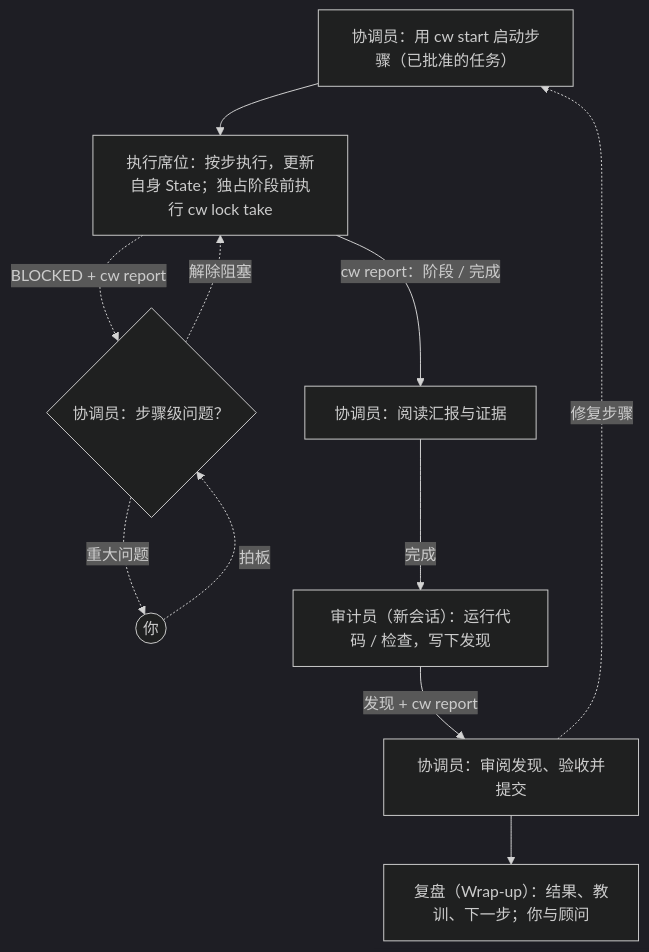
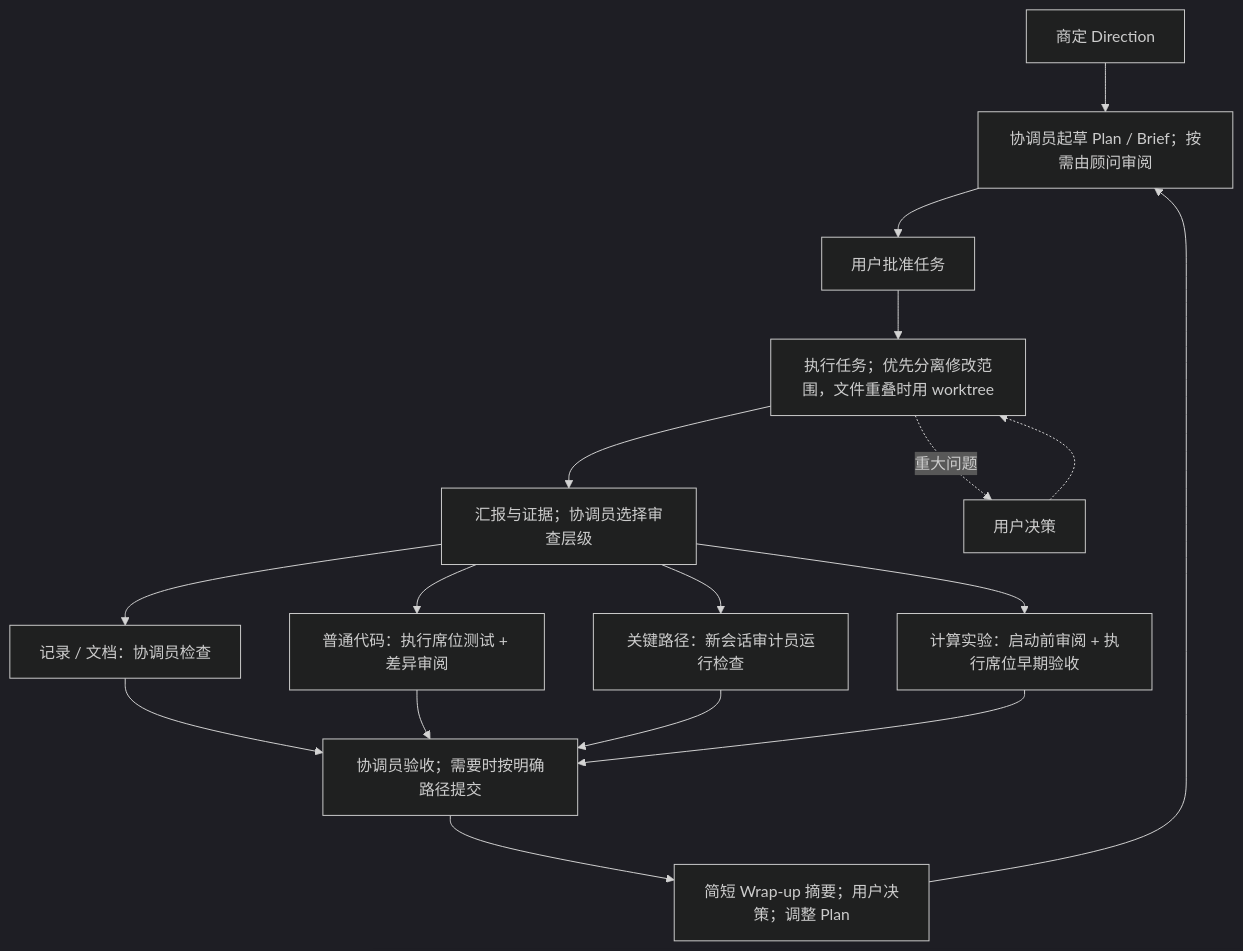
The diagram in README.zh.md (YitaoXU/agent-co-work), drawn with Mermaid (dark theme) before and after one commit. The commit also changed other lines of this file and 9 other files, not shown here.

````diff
--- a/README.zh.md
+++ b/README.zh.md
@@ -153,13 +154,19 @@
 ```mermaid
 flowchart TD
-  C["协调员：用 cw start 启动步骤（已批准的任务）"] --> W["执行席位：按步执行，更新自身 State；独占阶段前执行 cw lock take"]
-  W -.->|"BLOCKED + cw report"| B{"协调员：步骤级问题？"}
-  B -.->|"重大问题"| U(("你"))
-  U -.->|"拍板"| B
-  B -.->|"解除阻塞"| W
-  W -->|"cw report：阶段 / 完成"| R["协调员：阅读汇报与证据"]
-  R -->|"完成"| A["审计员（新会话）：运行代码 / 检查，写下发现"]
-  A -->|"发现 + cw report"| K["协调员：审阅发现、验收并提交"]
-  K -.->|"修复步骤"| C
-  K --> E["复盘（Wrap-up）：结果、教训、下一步；你与顾问"]
+  D["商定 Direction"] --> P["协调员起草 Plan / Brief；按需由顾问审阅"]
+  P --> U["用户批准任务"]
+  U --> W["执行任务；优先分离修改范围，文件重叠时用 worktree"]
+  W --> R["汇报与证据；协调员选择审查层级"]
+  W -.->|"重大问题"| Q["用户决策"]
+  Q -.-> W
+  R --> L["记录 / 文档：协调员检查"]
+  R --> O["普通代码：执行席位测试 + 差异审阅"]
+  R --> A["关键路径：新会话审计员运行检查"]
+  R --> G["计算实验：启动前审阅 + 执行席位早期验收"]
+  L --> K["协调员验收；需要时按明确路径提交"]
+  O --> K
+  A --> K
+  G --> K
+  K --> S["简短 Wrap-up 摘要；用户决策；调整 Plan"]
+  S --> P
 ```
````
